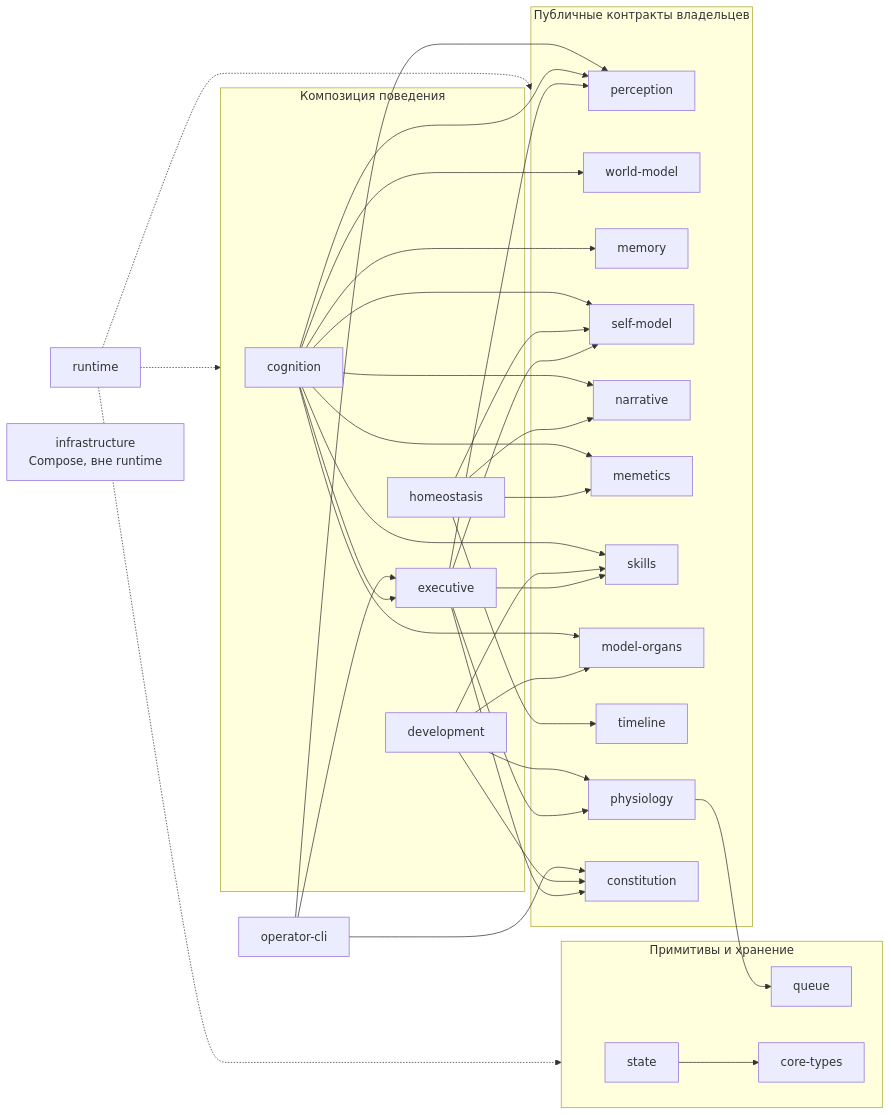
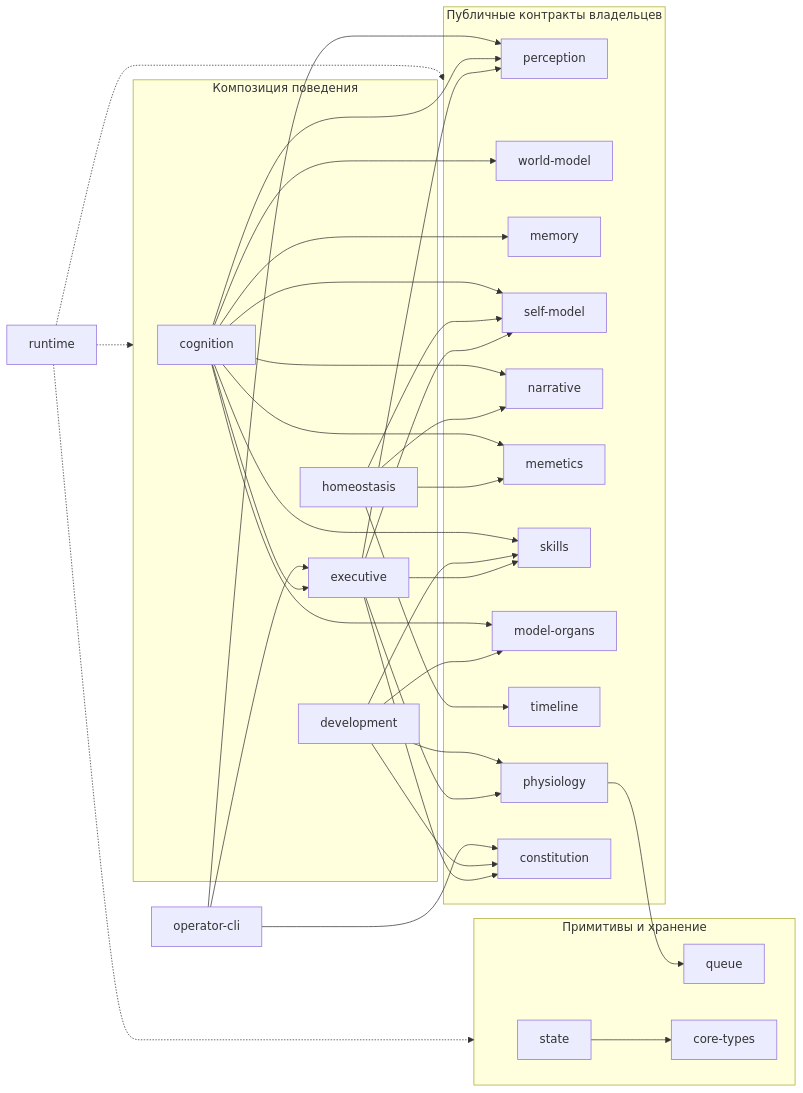
One commit to kostysh/yaagi changed the third of 3 diagrams in docs/architecture.md. Above: the diagram before and after it, drawn with Mermaid. The commit also changed other lines of this file and 7 other files, not shown here.

Commit message:
docs(architecture): 📝 adopt SQLite and portable queue boundaries

````diff
--- a/docs/architecture.md
+++ b/docs/architecture.md
@@ -160,44 +169,43 @@
 ```mermaid
 flowchart LR
     rt["runtime"]
     cli["operator-cli"]
-    infra["infrastructure<br/>Compose, вне runtime"]
 
     subgraph Coordination["Композиция поведения"]
         cg["cognition"]
         ho["homeostasis"]
         ex["executive"]
         dev["development"]
     end
 
     subgraph Owners["Публичные контракты владельцев"]
         pe["perception"]
         wm["world-model"]
         mem["memory"]
         psm["self-model"]
         nar["narrative"]
         mf["memetics"]
         sk["skills"]
         mo["model-organs"]
         tl["timeline"]
         ph["physiology"]
         co["constitution"]
     end
 
     subgraph Foundation["Примитивы и хранение"]
-        pg["state"]
+        st["state"]
         q["queue"]
         types["core-types"]
     end
 
     rt -.-> Coordination
     rt -.-> Owners
     rt -.-> Foundation
     cli --> pe & ex & co
     cg --> pe & wm & mem & psm & nar & mf & sk & mo & ex
     ho --> psm & nar & mf & tl
     dev --> sk & mo & ph & co
     ex --> psm & co & pe & sk & ph
     ph --> q
-    pg --> types
+    st --> types
 ```
````
